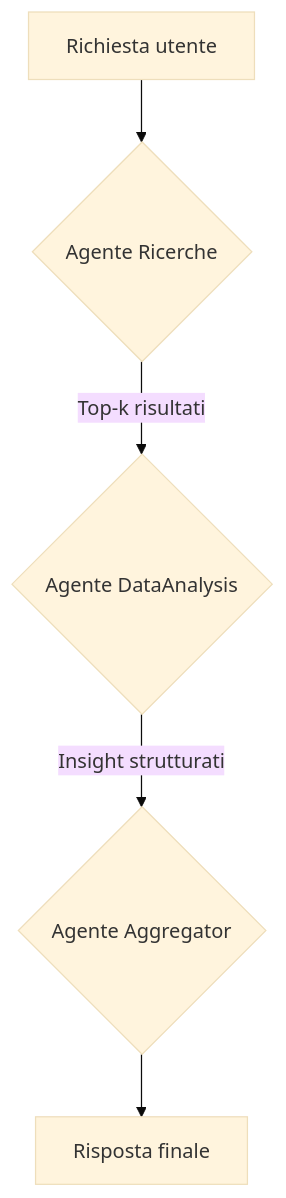
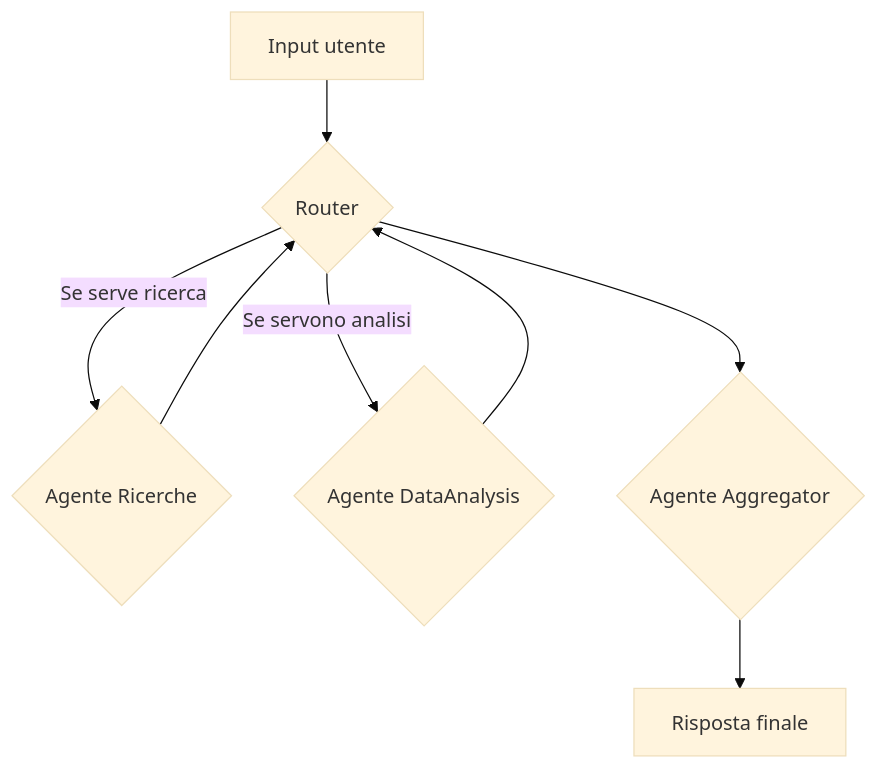
Before and after one commit to Rkomi98/Datapizza: the first of 2 diagrams in DatapizzAI/PizzAI/Agents/README_AGENT_COMPLETE_GUIDE.md, drawn with Mermaid (base theme). The commit also changed other lines of this file and 1 other file, not shown here.

````diff
--- a/DatapizzAI/PizzAI/Agents/README_AGENT_COMPLETE_GUIDE.md
+++ b/DatapizzAI/PizzAI/Agents/README_AGENT_COMPLETE_GUIDE.md
@@ -78,7 +78,10 @@
 ```mermaid
 graph TD
-    U["Richiesta utente"] --> R{"Agente Ricerche"}
-    R -->|Top-k risultati| D{"Agente DataAnalysis"}
-    D -->|Insight strutturati| G{"Agente Aggregator"}
+    U["Input utente"] --> T{"Router"}
+    T -->|Se serve ricerca| R{"Agente Ricerche"}
+    T -->|Se servono analisi| D{"Agente DataAnalysis"}
+    R --> T
+    D --> T
+    T --> G{"Agente Aggregator"}
     G --> F["Risposta finale"]
 ```
````
